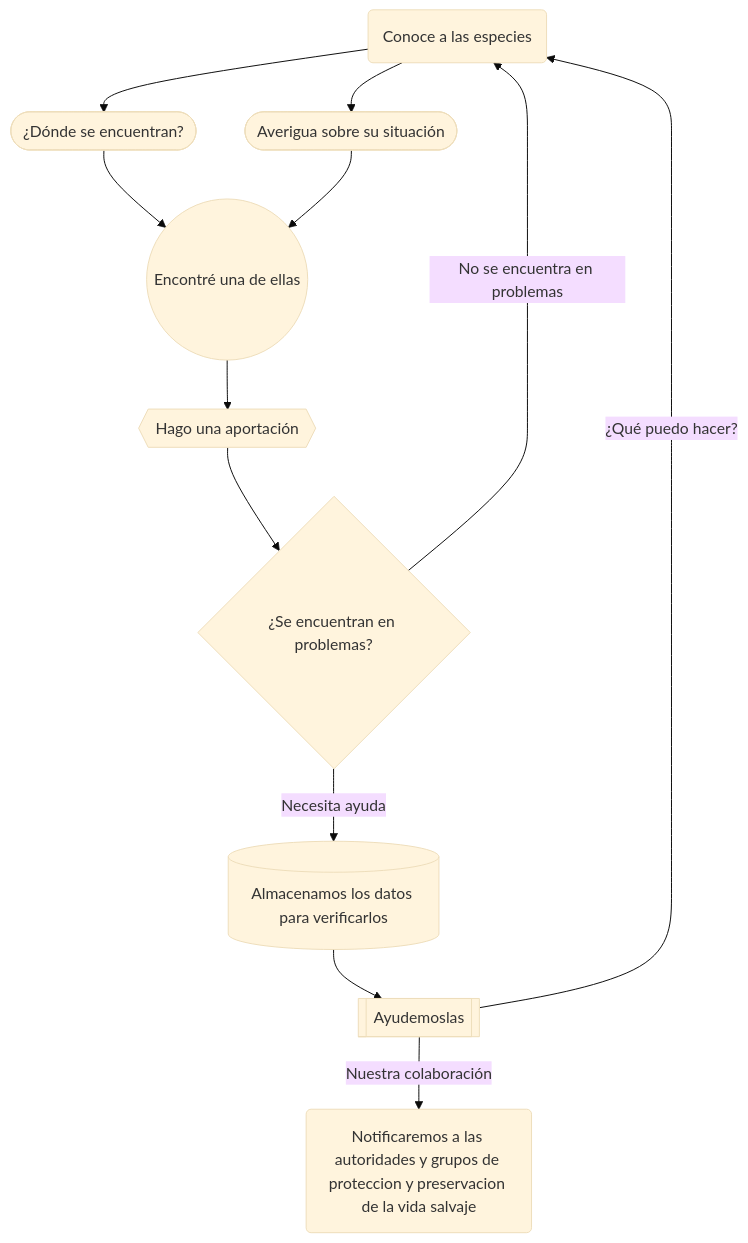
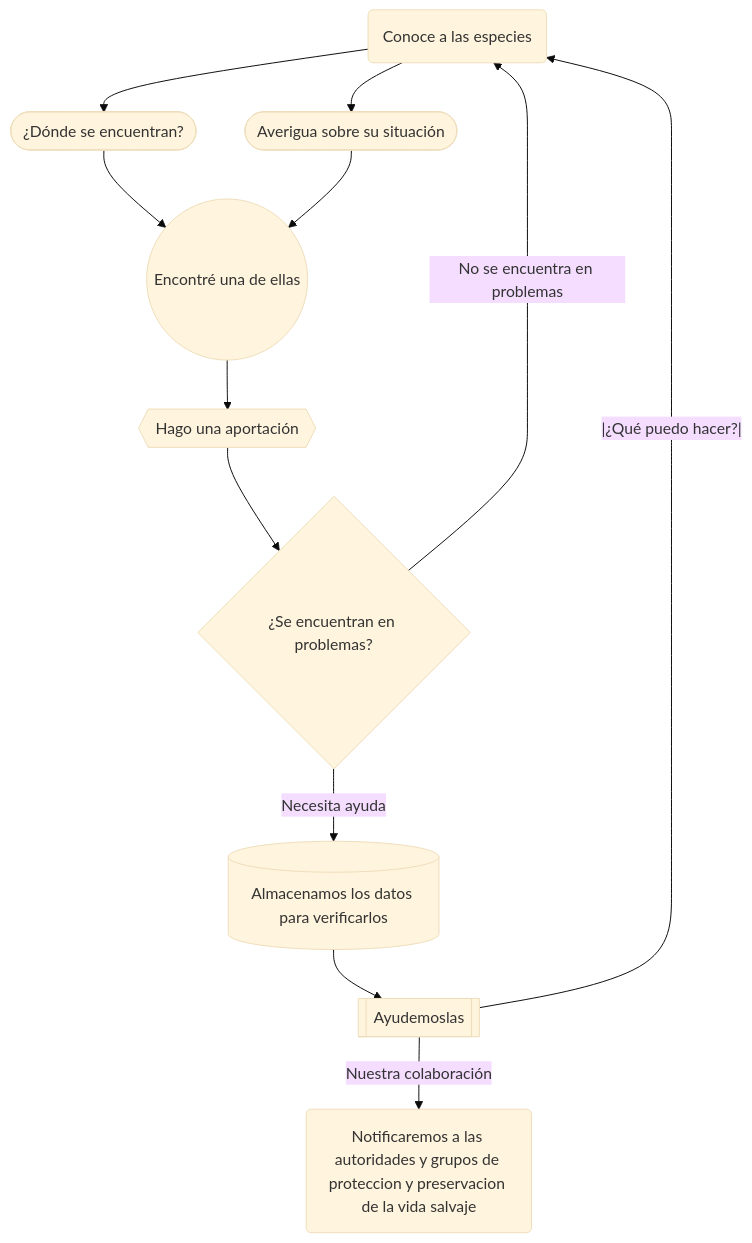
Before and after one commit to martinGM05/Hack-The-Ocean-Front: the first of 2 diagrams in README.md, drawn with Mermaid (base theme).

````diff
--- a/README.md
+++ b/README.md
@@ -30,16 +30,16 @@
 ```mermaid
 flowchart TB
-id1-->id2 & id7-->id3-->id5-->id4--Necesita ayuda-->id6-->id8-- ¿Qué puedo hacer? -->id1
+id1-->id2 & id7-->id3-->id5-->id4--Necesita ayuda-->id6-->id8--|¿Qué puedo hacer?|-->id1
 id4--No se encuentra en problemas-->id1
 id8--Nuestra colaboración-->id9
  
 id1(Conoce a las especies)
 id2([¿Dónde se encuentran?])
 id3((Encontré una de ellas))
 id4{¿Se encuentran en problemas?}
 id5{{Hago una aportación}}
 id6[(Almacenamos los datos para verificarlos)]
 id7([Averigua sobre su situación])
 id8[[Ayudemoslas]]
 id9(Notificaremos a las autoridades y grupos de proteccion y preservacion de la vida salvaje)
 ```
````
